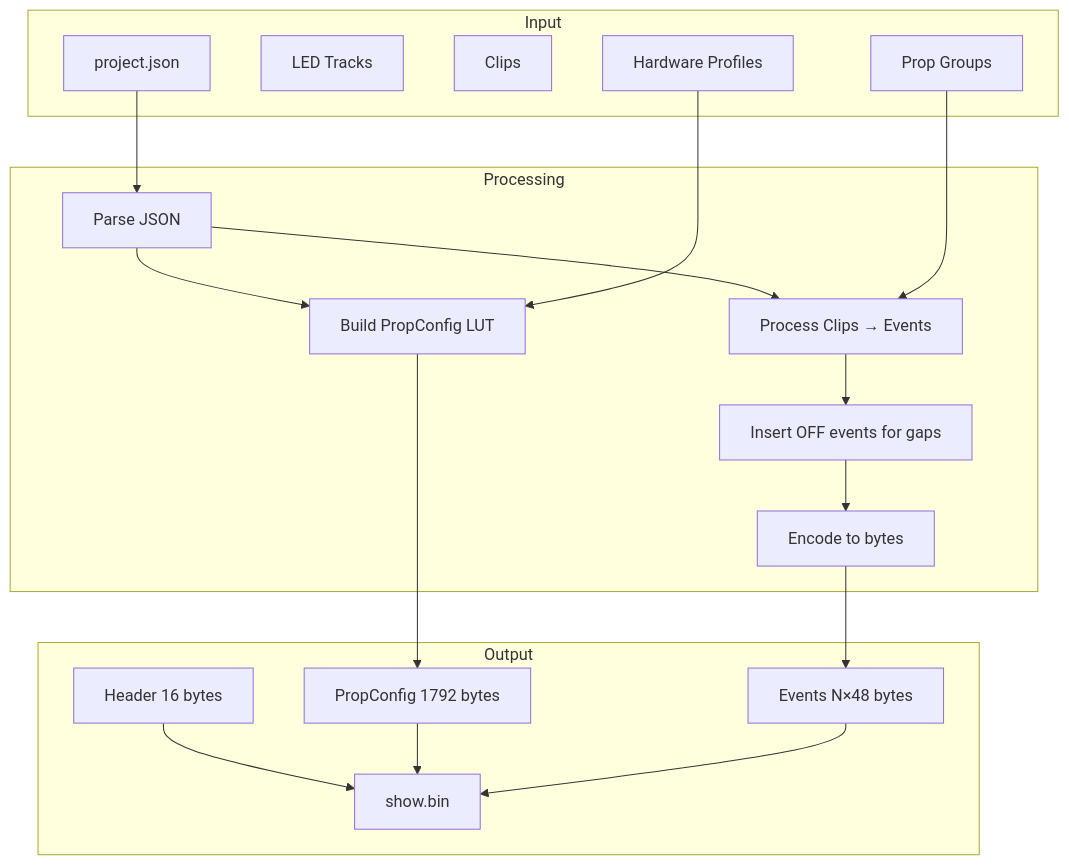
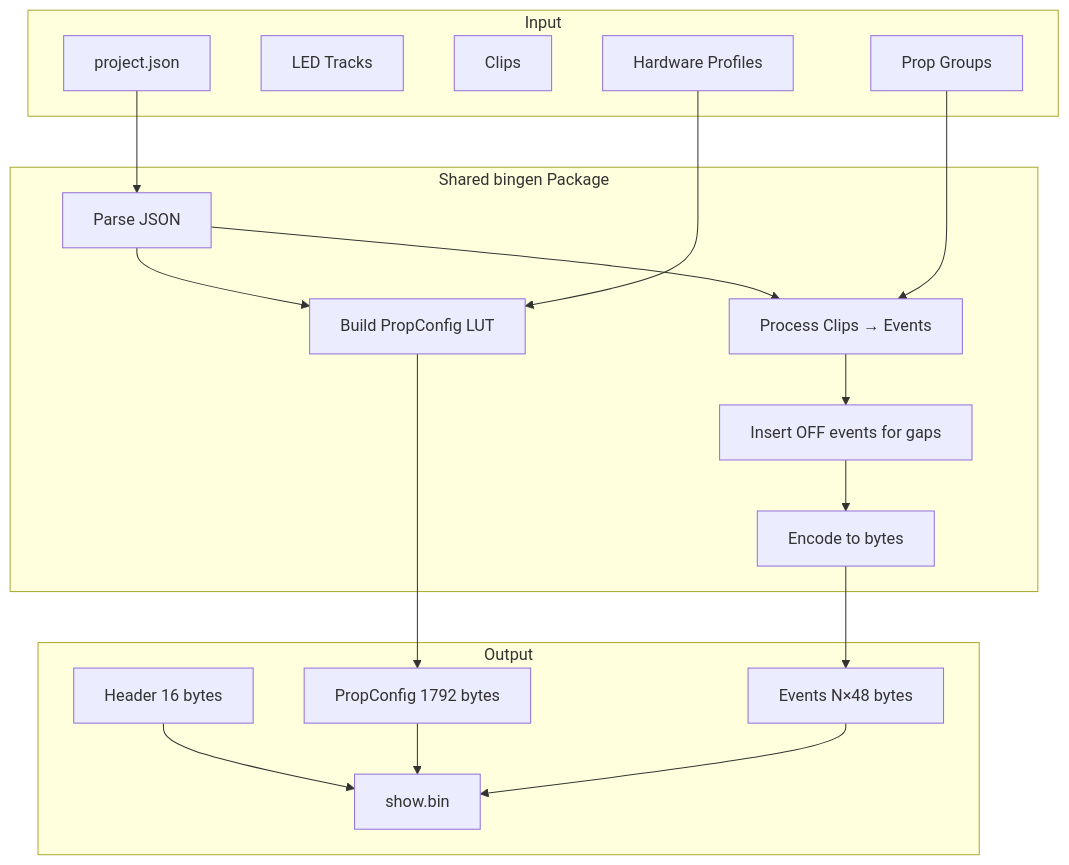
Before and after one commit to picolume/studio: the first of 2 diagrams in docs/class/07-binary-format.md, drawn with Mermaid. The commit also changed other lines of this file and 12 other files, not shown here.

````diff
--- a/docs/class/07-binary-format.md
+++ b/docs/class/07-binary-format.md
@@ -356,38 +356,38 @@
 ```mermaid
 flowchart TB
     subgraph "Input"
         JSON[project.json]
         TRACKS[LED Tracks]
         CLIPS[Clips]
         PROFILES[Hardware Profiles]
         GROUPS[Prop Groups]
     end
 
-    subgraph "Processing"
+    subgraph "Shared bingen Package"
         PARSE[Parse JSON]
         BUILD_LUT[Build PropConfig LUT]
         PROCESS[Process Clips → Events]
         GAPS[Insert OFF events for gaps]
         ENCODE[Encode to bytes]
     end
 
     subgraph "Output"
         HEADER[Header 16 bytes]
         LUT[PropConfig 1792 bytes]
         EVENTS[Events N×48 bytes]
         BIN[show.bin]
     end
 
     JSON --> PARSE
     PARSE --> BUILD_LUT
     PARSE --> PROCESS
     PROFILES --> BUILD_LUT
     GROUPS --> PROCESS
 
     BUILD_LUT --> LUT
     PROCESS --> GAPS
     GAPS --> ENCODE
     ENCODE --> EVENTS
 
     HEADER & LUT & EVENTS --> BIN
 ```
````
